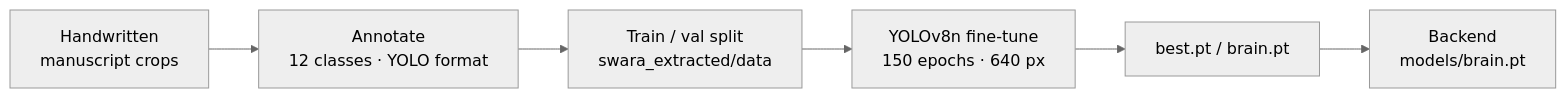
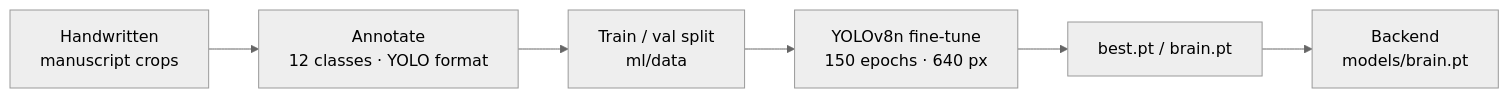
Before and after one commit to Kaifkhurshid7/swara-detection: the fourth of 5 diagrams in README.md, drawn with Mermaid (neutral theme). The commit also changed other lines of this file and 1365 other files, not shown here.

````diff
--- a/README.md
+++ b/README.md
@@ -207,8 +207,8 @@
 ```mermaid
 flowchart LR
     A["Handwritten<br/>manuscript crops"] --> B["Annotate<br/>12 classes · YOLO format"]
-    B --> C["Train / val split<br/>swara_extracted/data"]
+    B --> C["Train / val split<br/>ml/data"]
     C --> D["YOLOv8n fine-tune<br/>150 epochs · 640 px"]
     D --> E["best.pt / brain.pt"]
     E --> F["Backend<br/>models/brain.pt"]
 ```
````
